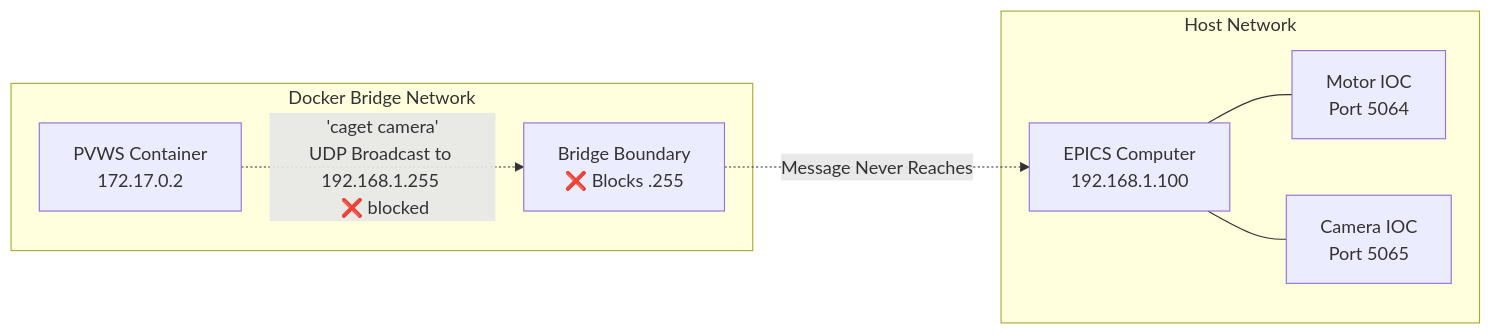
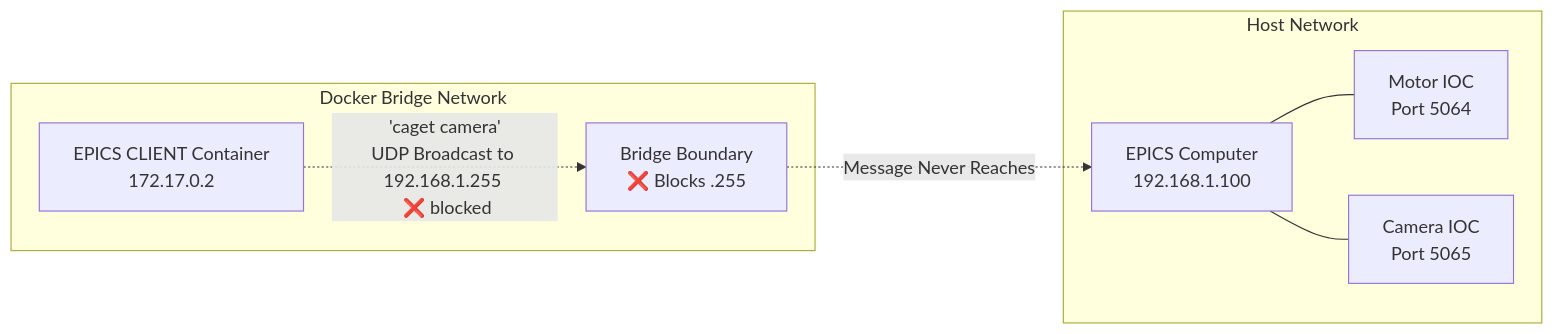
The first of 3 diagrams in README.md (als-computing/bluesky-web), drawn with Mermaid before and after one commit. The commit also changed other lines of this file and 26 other files, not shown here.

````diff
--- a/README.md
+++ b/README.md
@@ -269,20 +266,20 @@
 ```mermaid
 graph LR
     subgraph "Docker Bridge Network"
-        A[PVWS Container<br/>172.17.0.2]
+        A[ EPICS CLIENT Container<br/>172.17.0.2]
         A -.->|"'caget camera'<br/>UDP Broadcast to 192.168.1.255 <br/> ❌ blocked"| E[Bridge Boundary <br/> ❌ Blocks .255]
     end
     
     subgraph "Host Network"
         B[EPICS Computer<br/>192.168.1.100]
         C[Motor IOC<br/>Port 5064]
         D[Camera IOC<br/>Port 5065]
         
         B --- C
         B --- D
     end
         E -.->|"Message Never Reaches"| B
     
     style A fill:#cc
     style E fill:#cc,color:#cc
 ```
````
